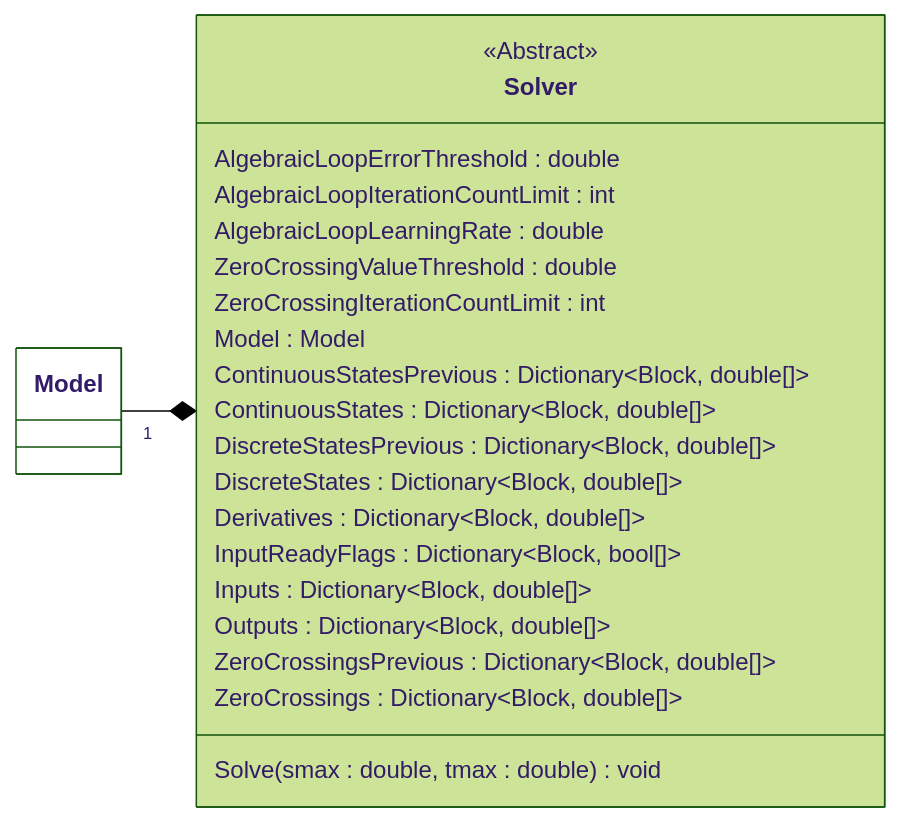
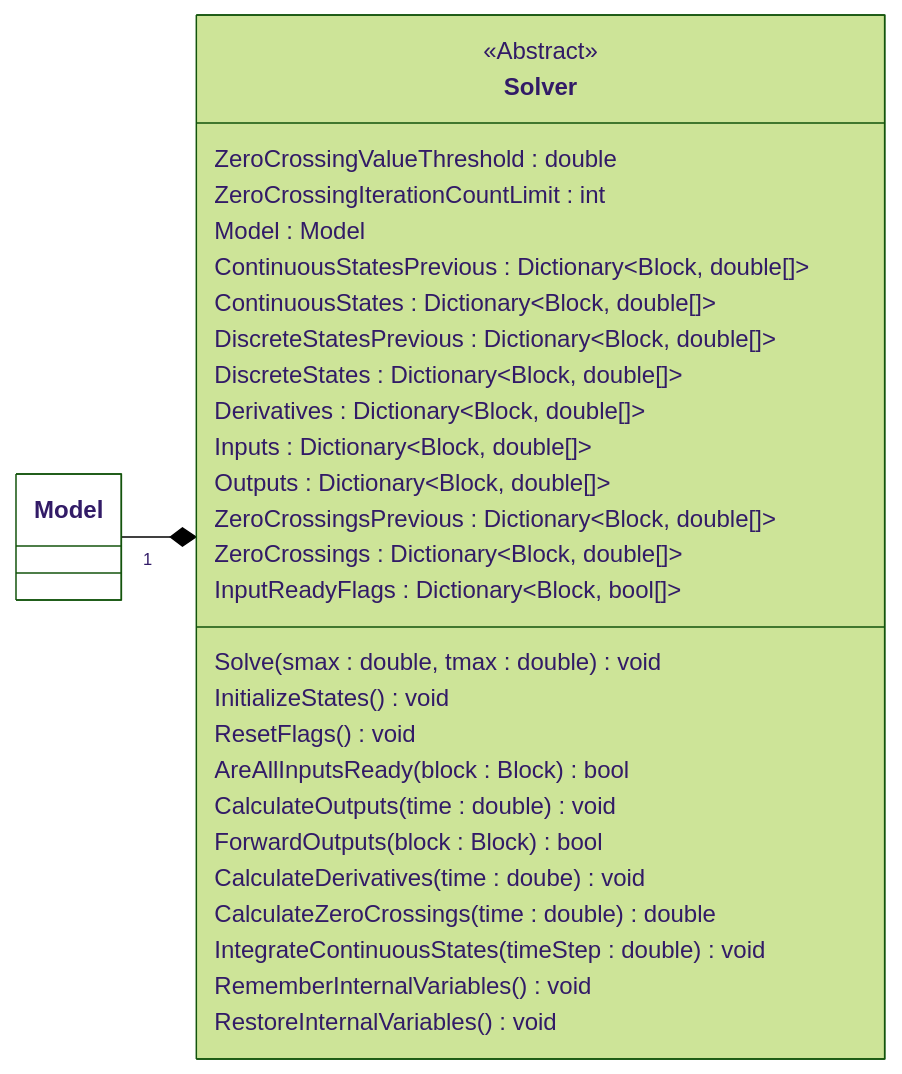
Before and after one commit to ghackenberg/kurs-computer-simulation: the diagram in Quellen/WS25/SFunctionHybrid/Solver.mmd, drawn with Mermaid (forest theme). The commit also changed 21 other files, not shown here.

```diff
--- a/Quellen/WS25/SFunctionHybrid/Solver.mmd
+++ b/Quellen/WS25/SFunctionHybrid/Solver.mmd
@@ -1,31 +1,38 @@
 classDiagram
 
     direction LR
 
     class Model {
     }
 
     class Solver {
         <<Abstract>>
-        AlgebraicLoopErrorThreshold : double
-        AlgebraicLoopIterationCountLimit : int
-        AlgebraicLoopLearningRate : double
         ZeroCrossingValueThreshold : double
         ZeroCrossingIterationCountLimit : int
         Model : Model
         ContinuousStatesPrevious : Dictionary~Block, double[]~
         ContinuousStates : Dictionary~Block, double[]~
         DiscreteStatesPrevious : Dictionary~Block, double[]~
         DiscreteStates : Dictionary~Block, double[]~
         Derivatives : Dictionary~Block, double[]~
-        InputReadyFlags : Dictionary~Block, bool[]~
         Inputs : Dictionary~Block, double[]~
         Outputs : Dictionary~Block, double[]~
         ZeroCrossingsPrevious : Dictionary~Block, double[]~
         ZeroCrossings : Dictionary~Block, double[]~
+        InputReadyFlags : Dictionary~Block, bool[]~
         Solve(smax : double, tmax : double) void
+        InitializeStates() void
+        ResetFlags() void
+        AreAllInputsReady(block : Block) bool
+        CalculateOutputs(time : double) void
+        ForwardOutputs(block : Block) bool 
+        CalculateDerivatives(time : doube) void
+        CalculateZeroCrossings(time : double) double
+        IntegrateContinuousStates(timeStep : double) void
+        RememberInternalVariables() void
+        RestoreInternalVariables() void
     }
 
     Model "1" --* Solver
 
     style Model fill:white
```
